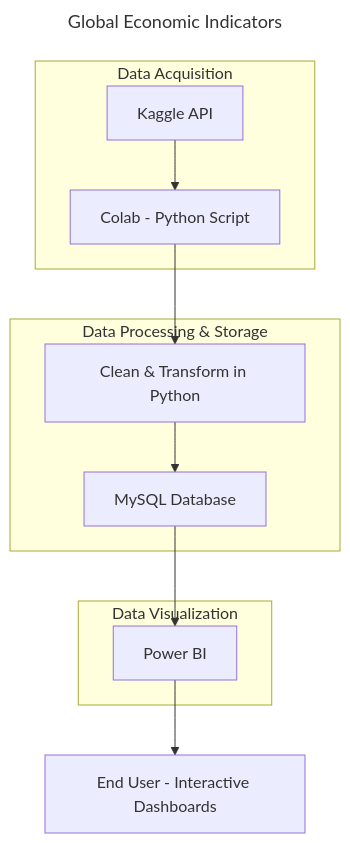
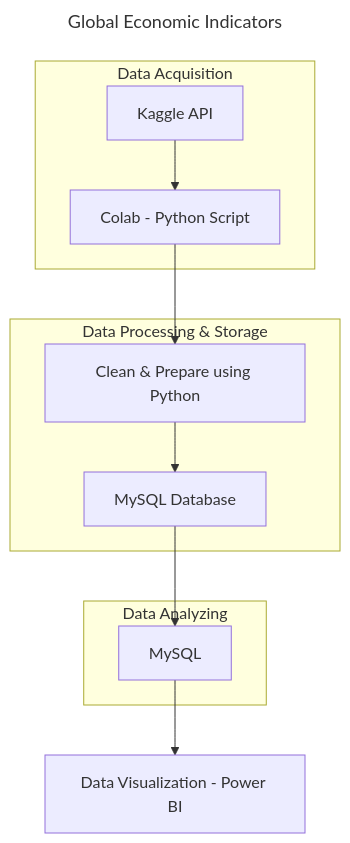
One commit to Programmer-Omar/Global-Economic-Indicators changed the diagram in README.md. Above: the diagram before and after it, drawn with Mermaid.

````diff
--- a/README.md
+++ b/README.md
@@ -11,24 +11,24 @@
 ```mermaid
 ---
 title: Global Economic Indicators
 ---
 
 graph TD
     subgraph Data Acquisition
         A[Kaggle API] --> B[Colab - Python Script]
     end
 
 
     subgraph Data Processing & Storage
-        B --> C[Clean & Transform in Python]
+        B --> C[Clean & Prepare using Python]
         C --> D[MySQL Database]
     end
 
 
-    subgraph Data Visualization
-        D --> E[Power BI]
+    subgraph Data Analyzing
+        D --> E[MySQL]
     end
 
 
-    E --> F[End User - Interactive Dashboards]
+    E --> F[Data Visualization - Power BI]
 ```
````
